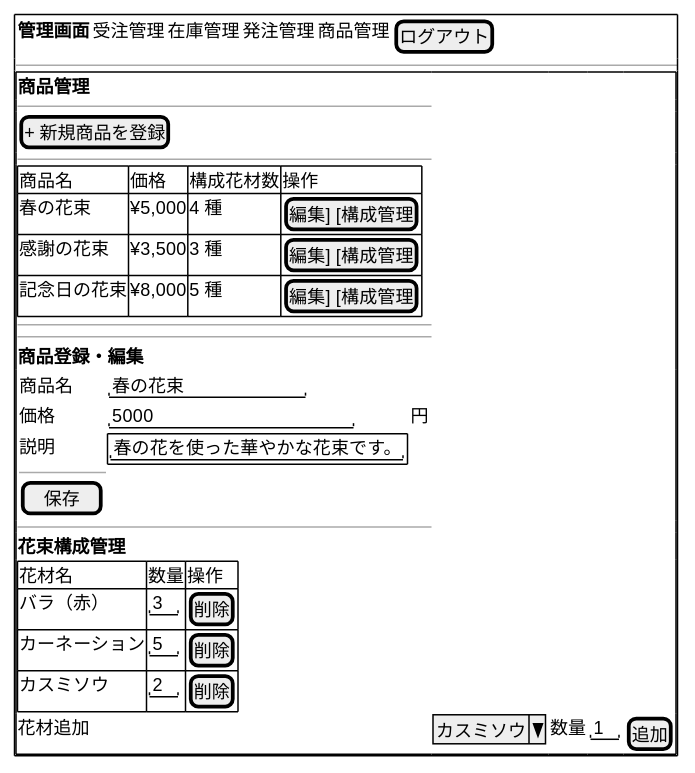
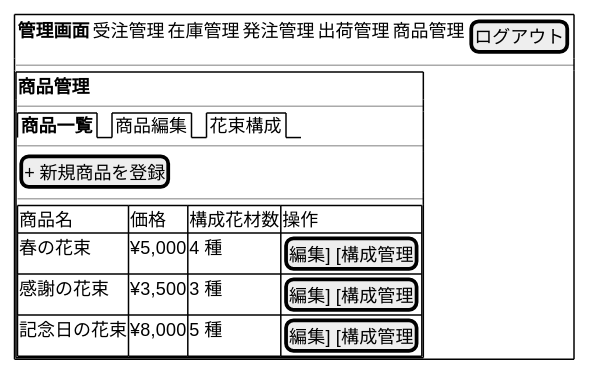
Diagram 20 of 25 in docs/design/ui-design.md (k2works/case-study-sdd-development), drawn with PlantUML before and after one commit. The commit also changed other lines of this file, not shown here.

````diff
--- a/docs/design/ui-design.md
+++ b/docs/design/ui-design.md
@@ -618,43 +740,24 @@
 ```plantuml
 @startsalt
 {+
   {
-    <b>管理画面 | 受注管理 | 在庫管理 | 発注管理 | 商品管理 | [ログアウト]
+    <b>管理画面 | 受注管理 | 在庫管理 | 発注管理 | 出荷管理 | 商品管理 | [ログアウト]
   }
   ---
   {+
     <b>商品管理
+    ---
+    {/ <b>商品一覧 | 商品編集 | 花束構成 }
     ---
     [+ 新規商品を登録]
     ---
     {#
       商品名 | 価格 | 構成花材数 | 操作
       春の花束 | ¥5,000 | 4 種 | [編集] [構成管理]
       感謝の花束 | ¥3,500 | 3 種 | [編集] [構成管理]
       記念日の花束 | ¥8,000 | 5 種 | [編集] [構成管理]
     }
-    ---
-    ---
-    <b>商品登録・編集
-    {
-      商品名 | "春の花束            "
-      価格   | "5000                " | 円
-      説明   | {+
-                 "春の花を使った華やかな花束です。"
-               }
-      ---
-      [  保存  ]
-    }
-    ---
-    <b>花束構成管理
-    {#
-      花材名 | 数量 | 操作
-      バラ（赤） | "3 " | [削除]
-      カーネーション | "5 " | [削除]
-      カスミソウ | "2 " | [削除]
-    }
-    花材追加 | ^カスミソウ^ | 数量 | "1 " | [追加]
   }
 }
 @endsalt
 ```
````
